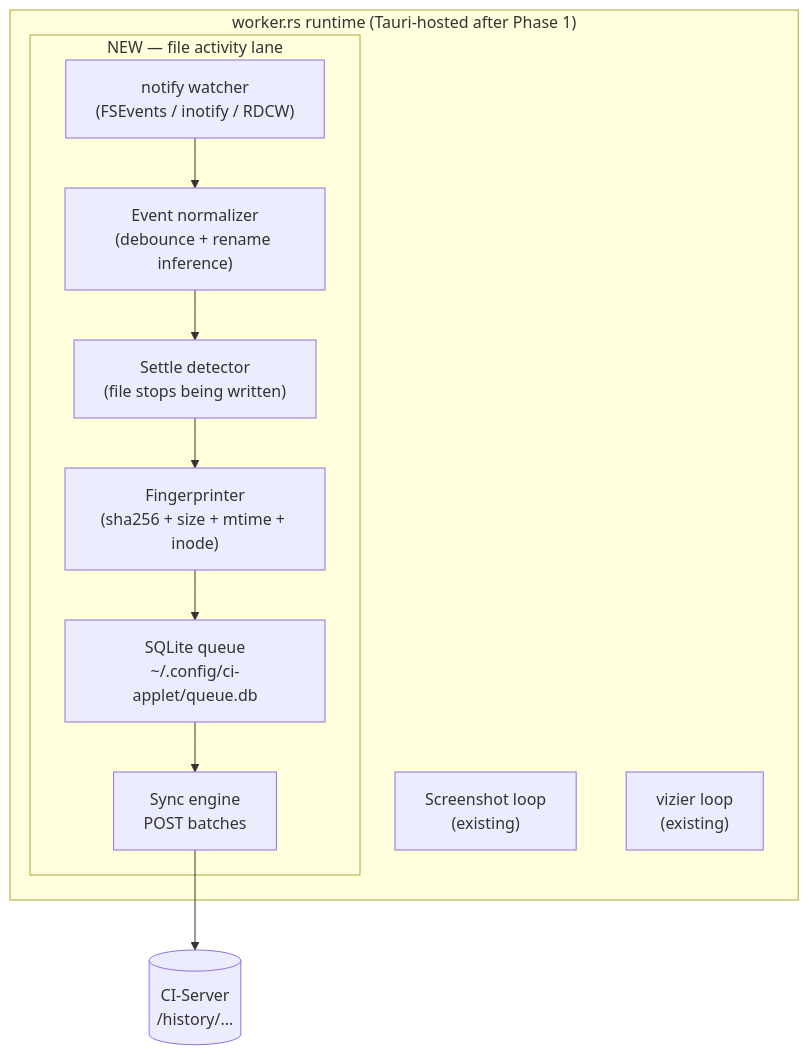
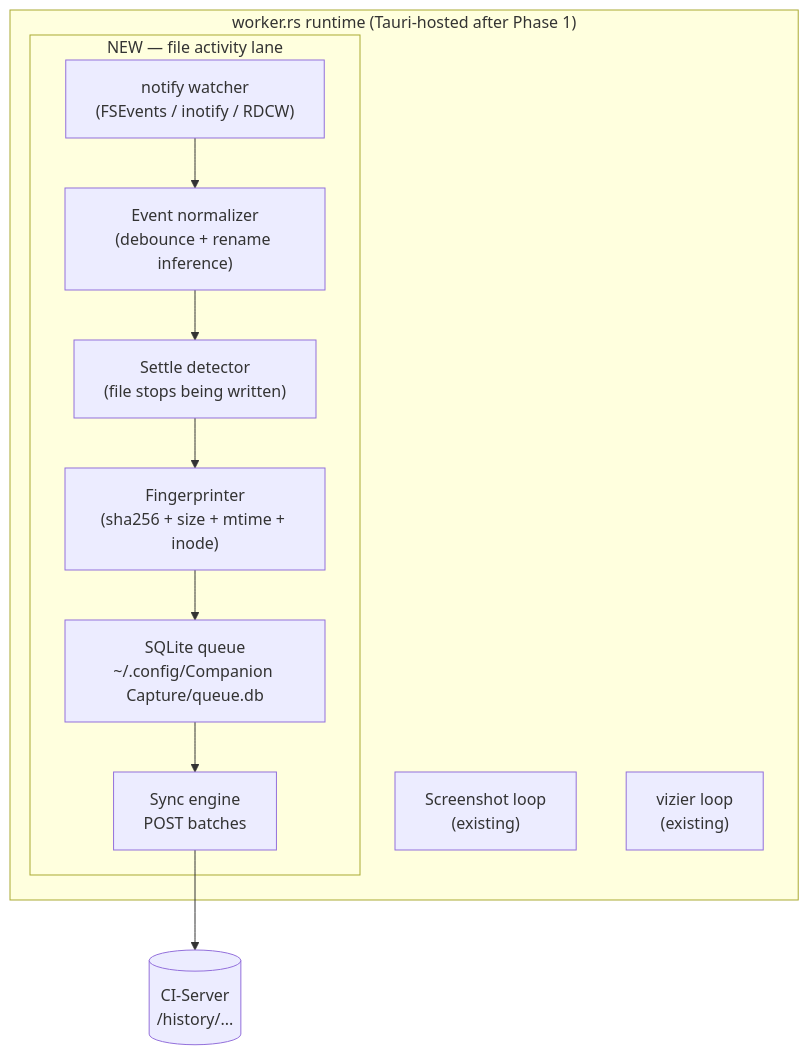
One commit to companionintelligence/CI-Capture changed the diagram in docs/plan/02-file-watcher.md. Above: the diagram before and after it, drawn with Mermaid. The commit also changed other lines of this file and 21 other files, not shown here.

````diff
--- a/docs/plan/02-file-watcher.md
+++ b/docs/plan/02-file-watcher.md
@@ -39,16 +39,16 @@
 ```mermaid
 flowchart TB
     subgraph WorkerProc["worker.rs runtime (Tauri-hosted after Phase 1)"]
       ScreenLoop["Screenshot loop<br/>(existing)"]
       VizierLoop["vizier loop<br/>(existing)"]
       subgraph NewLane["NEW — file activity lane"]
         Watch["notify watcher<br/>(FSEvents / inotify / RDCW)"]
         Norm["Event normalizer<br/>(debounce + rename inference)"]
         Settle["Settle detector<br/>(file stops being written)"]
         Fp["Fingerprinter<br/>(sha256 + size + mtime + inode)"]
-        SQL["SQLite queue<br/>~/.config/ci-applet/queue.db"]
+        SQL["SQLite queue<br/>~/.config/Companion Capture/queue.db"]
         Sync["Sync engine<br/>POST batches"]
       end
     end
     Watch --> Norm --> Settle --> Fp --> SQL --> Sync --> Server[("CI-Server<br/>/history/...")]
 ```
````
